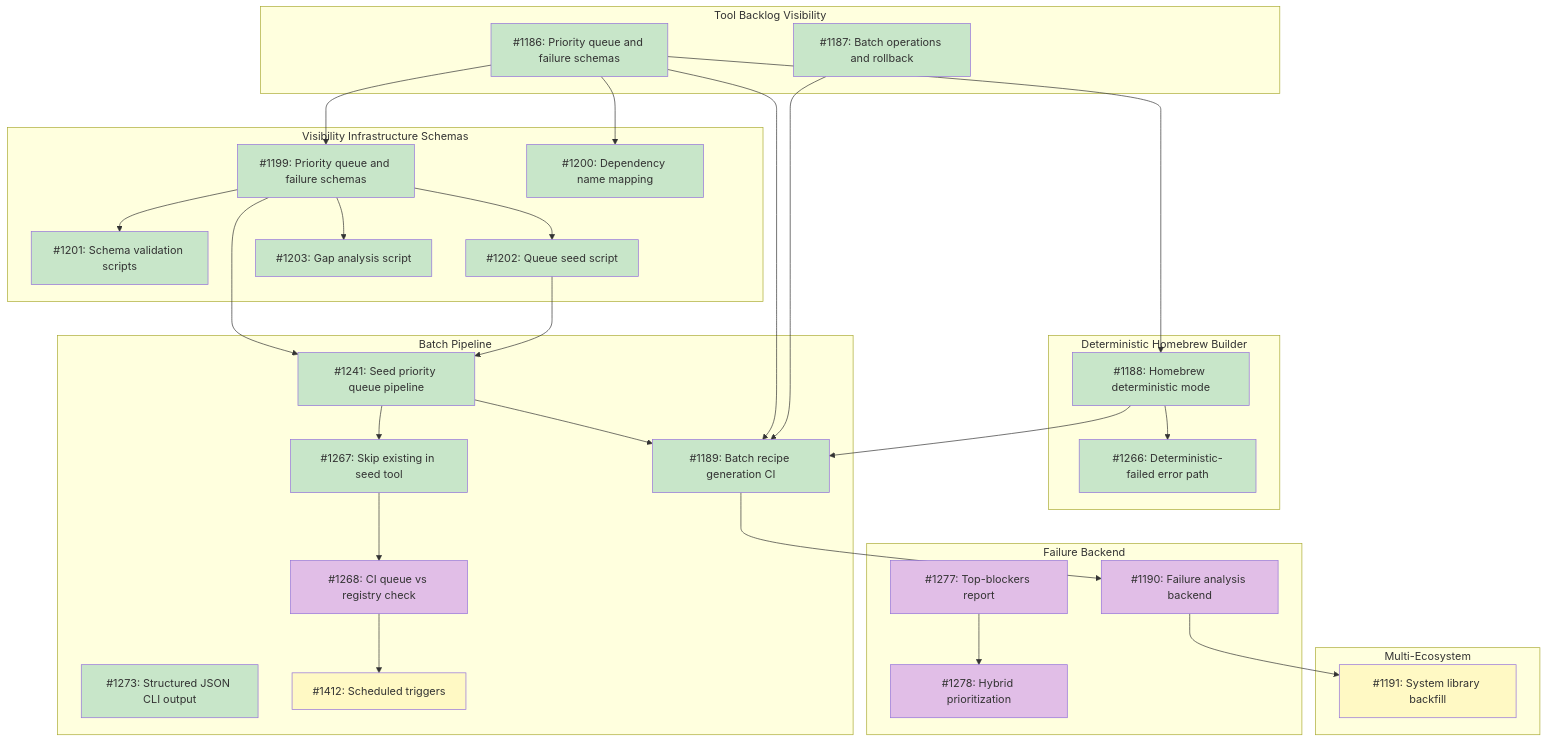
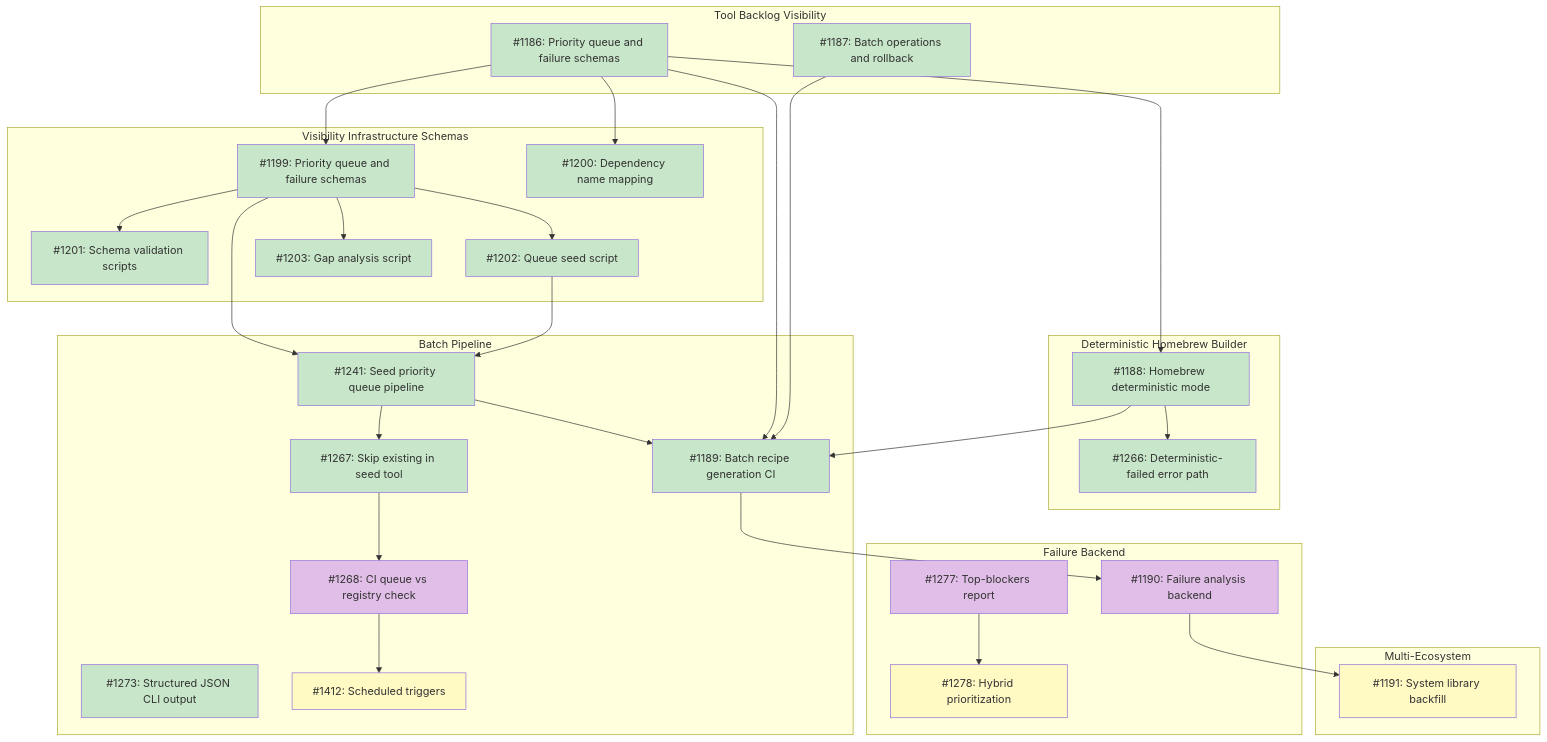
The diagram in docs/designs/DESIGN-registry-scale-strategy.md (tsukumogami/tsuku), drawn with Mermaid before and after one commit.

Commit message:
docs: fix I1278 diagram class to blocked (has open dependency)

````diff
--- a/docs/designs/DESIGN-registry-scale-strategy.md
+++ b/docs/designs/DESIGN-registry-scale-strategy.md
@@ -153,7 +153,7 @@
     class I1266 done
     class I1190 needsDesign
     class I1277 needsDesign
-    class I1278 needsDesign
+    class I1278 blocked
     class I1412 blocked
     class I1191 blocked
 ```
````
